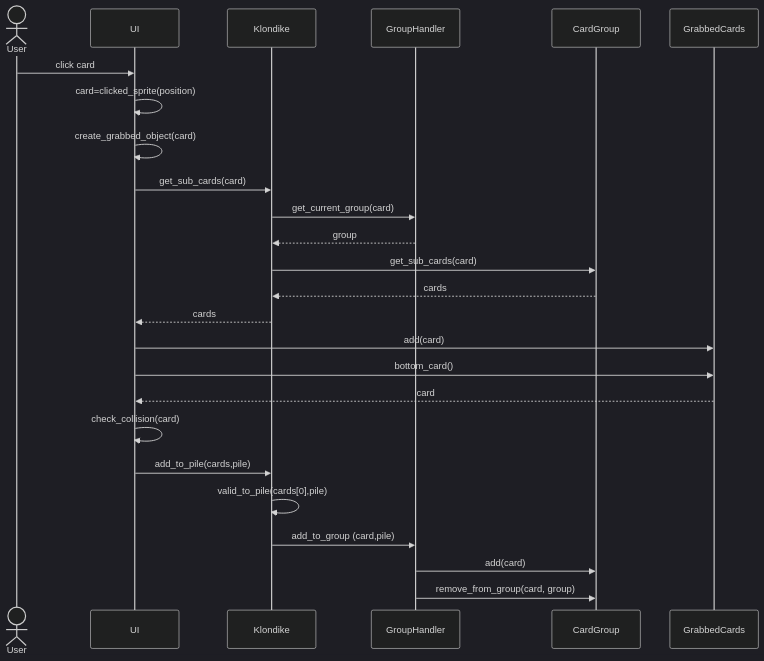
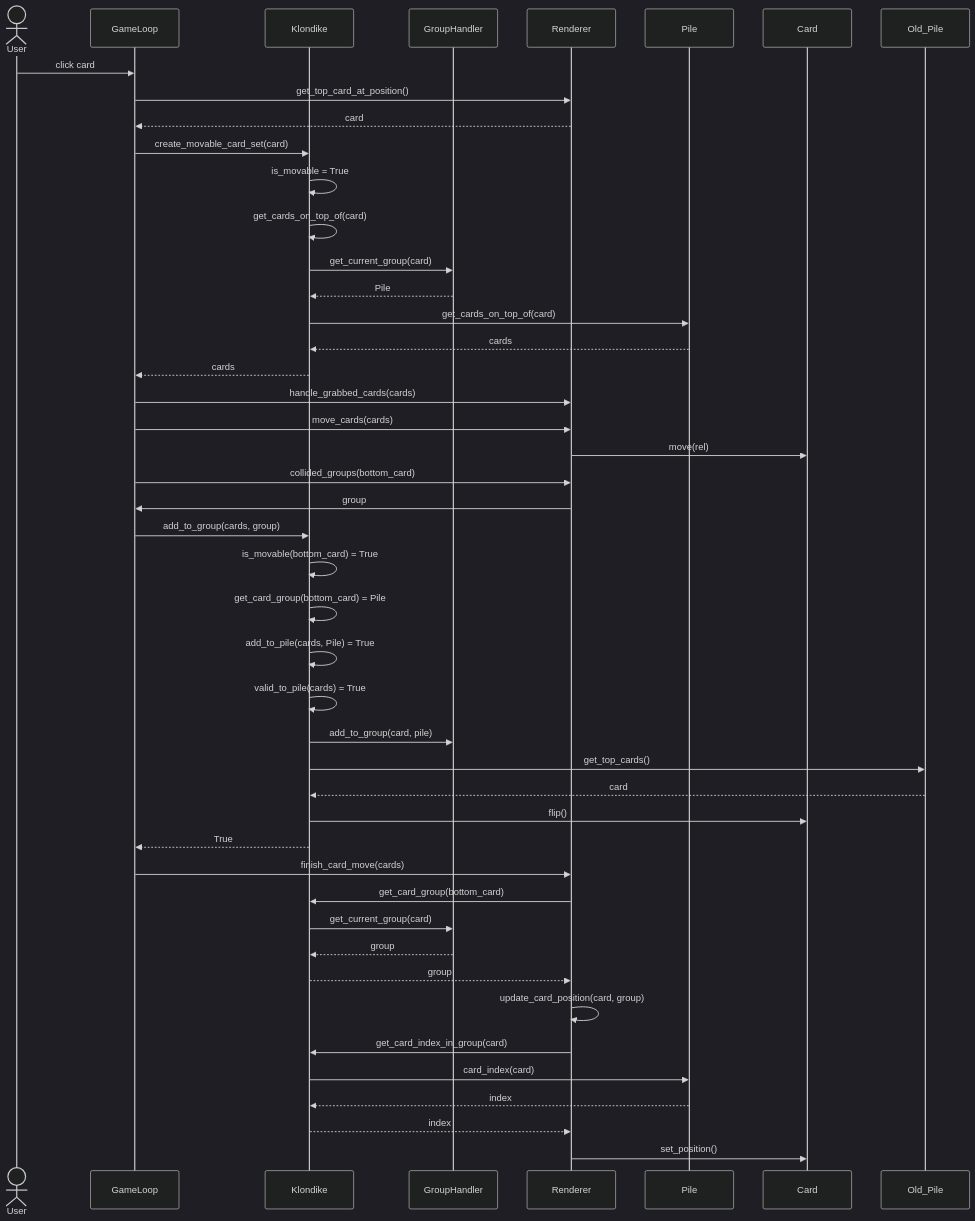
One commit to pankalai/ot-harjoitustyo changed the fifth of 5 diagrams in pasianssi-app/dokumentaatio/arkkitehtuuri.md. Above: the diagram before and after it, drawn with Mermaid (dark theme). The commit also changed other lines of this file and 59 other files, not shown here.

````diff
--- a/pasianssi-app/dokumentaatio/arkkitehtuuri.md
+++ b/pasianssi-app/dokumentaatio/arkkitehtuuri.md
@@ -137,26 +134,47 @@
 ```mermaid
 sequenceDiagram
   actor User
-  participant UI
+  participant GameLoop
   participant Klondike
   participant GroupHandler
-  User->>UI: click card
-  UI->>UI: card=clicked_sprite(position)
-  
-  UI->>UI: create_grabbed_object(card)
-  UI->>Klondike: get_sub_cards(card)
+  User->>GameLoop: click card
+  GameLoop->>Renderer: get_top_card_at_position()
+  Renderer-->>GameLoop: card
+  GameLoop ->> Klondike: create_movable_card_set(card)
+  Klondike->>Klondike: is_movable = True
+  Klondike->>Klondike: get_cards_on_top_of(card)
+  Klondike->>GroupHandler: get_current_group(card)
+  GroupHandler-->>Klondike: Pile
+  Klondike->>Pile: get_cards_on_top_of(card)
+  Pile-->>Klondike: cards
+  Klondike-->>GameLoop: cards
+  GameLoop->>Renderer: handle_grabbed_cards(cards)
+
+  GameLoop->>Renderer: move_cards(cards)
+  Renderer->>Card: move(rel)
+
+  GameLoop->>Renderer: collided_groups(bottom_card)
+  Renderer->>GameLoop: group
+  GameLoop->>Klondike: add_to_group(cards, group)
+  Klondike->>Klondike: is_movable(bottom_card) = True
+  Klondike->>Klondike: get_card_group(bottom_card) = Pile
+  Klondike->>Klondike: add_to_pile(cards, Pile) = True
+  Klondike->>Klondike: valid_to_pile(cards) = True
+  Klondike->>GroupHandler: add_to_group(card, pile)
+  Klondike->>Old_Pile: get_top_cards()
+  Old_Pile-->>Klondike: card
+  Klondike->>Card: flip()
+  Klondike-->>GameLoop: True
+  GameLoop->>Renderer: finish_card_move(cards)
+  Renderer->>Klondike: get_card_group(bottom_card)
   Klondike->>GroupHandler: get_current_group(card)
   GroupHandler-->>Klondike: group
-  Klondike->>CardGroup: get_sub_cards(card)
-  CardGroup-->>Klondike: cards
-  Klondike-->>UI: cards
-  UI->>GrabbedCards: add(card)
-  UI->>GrabbedCards: bottom_card()
-  GrabbedCards-->>UI: card
-  UI->>UI: check_collision(card)
-  UI->>Klondike: add_to_pile(cards,pile)
-  Klondike->>Klondike: valid_to_pile(cards[0],pile)
-  Klondike->>GroupHandler: add_to_group (card,pile)
-  GroupHandler->>CardGroup: add(card)
-  GroupHandler->>CardGroup: remove_from_group(card, group)
+  Klondike-->>Renderer: group
+  Renderer->>Renderer: update_card_position(card, group)
+  Renderer->>Klondike: get_card_index_in_group(card)
+  Klondike->>Pile: card_index(card)
+  Pile-->>Klondike: index
+  Klondike-->>Renderer: index
+  Renderer->>Card: set_position()
+
 ```
````
